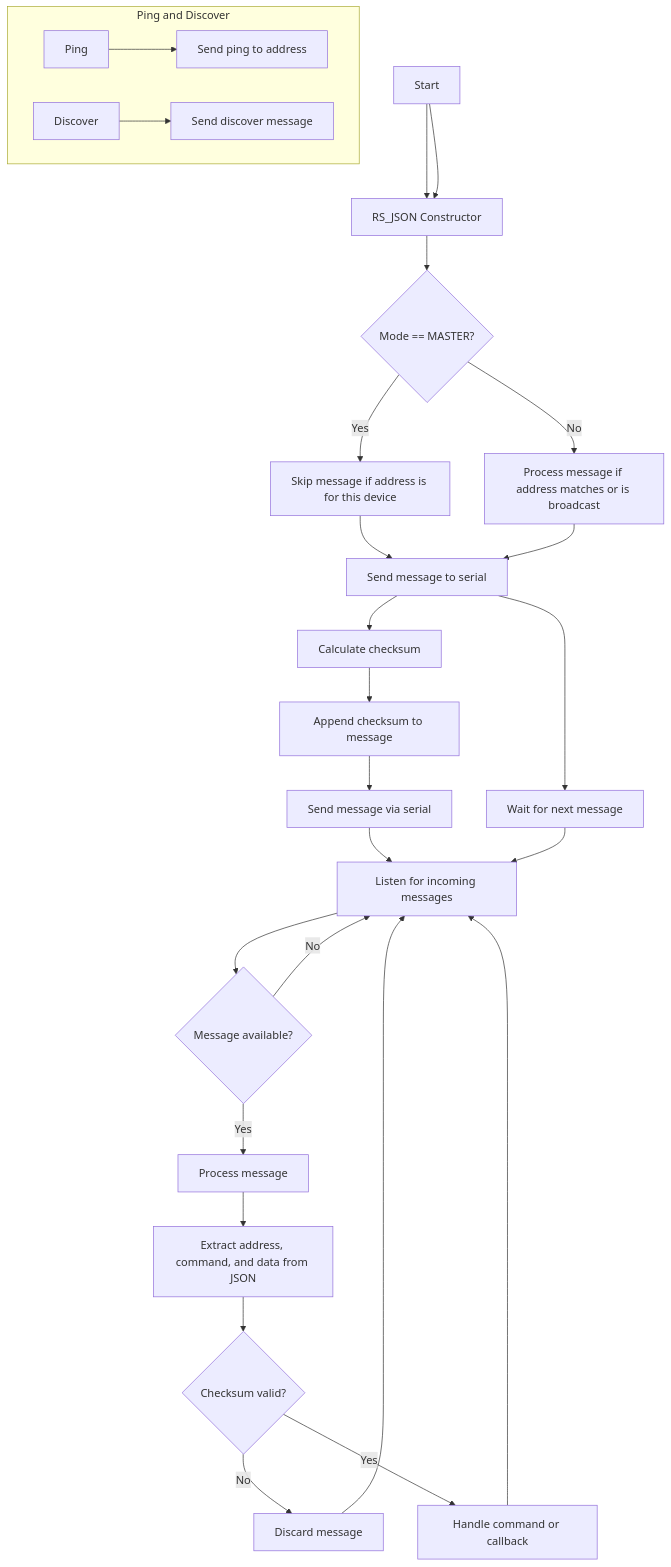
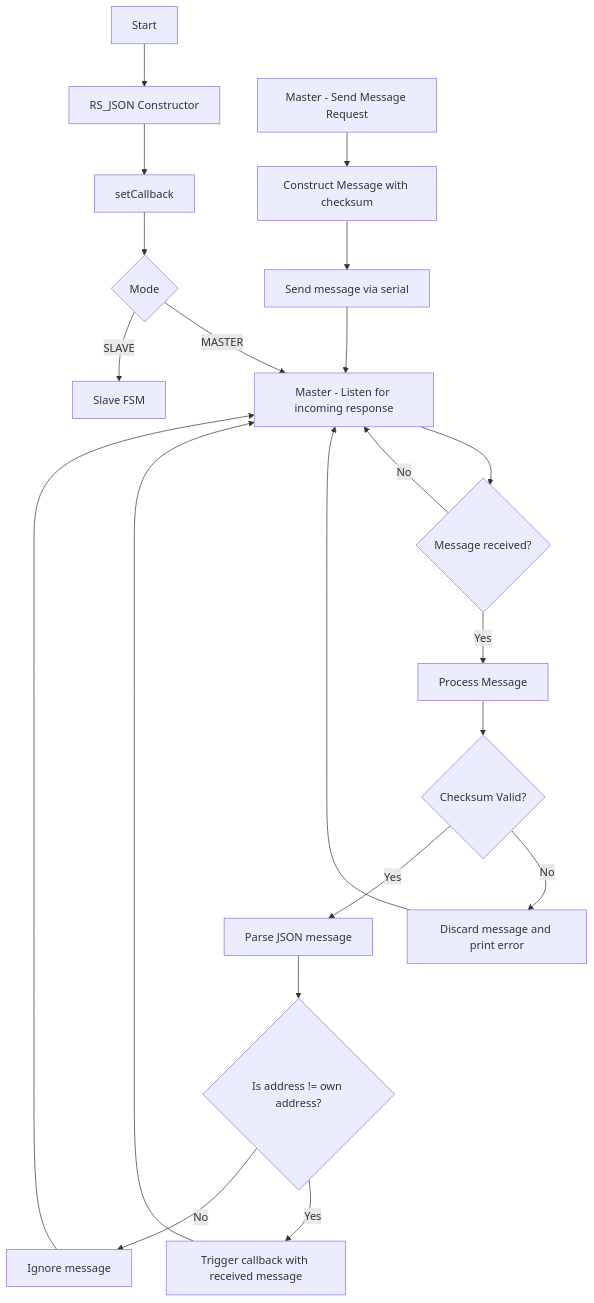
Before and after one commit to vlmm/rs_json: the first of 2 diagrams in docs/control_flow_bul.md, drawn with Mermaid. The commit also changed other lines of this file, not shown here.

Commit message:
Revise control flow diagram and add explanations
Updated flowchart and explanations for RS_JSON control flow.

````diff
--- a/docs/control_flow_bul.md
+++ b/docs/control_flow_bul.md
@@ -5,29 +5,28 @@
 ```mermaid
 flowchart TD
     A[Start] --> B[RS_JSON Constructor]
-    B --> C{Mode == MASTER?}
-    C -->|Yes| D[Skip message if address is for this device]
-    C -->|No| E[Process message if address matches or is broadcast]
-    D --> F[Send message to serial]
-    E --> F
-    F --> G[Calculate checksum]
-    G --> H[Append checksum to message]
+    B --> R[setCallback<callback>]
+    R --> C{Mode}
+    C -->|MASTER| G[Master - Listen for incoming response]
+    
+    D[Master - Send Message Request]
+    C -->|SLAVE| E[Slave FSM]
+    
+    D --> H[Construct Message with checksum]
     H --> I[Send message via serial]
-    I --> J[Listen for incoming messages]
-    J --> K{Message available?}
-    K -->|Yes| L[Process message]
-    K -->|No| J
-    L --> M[Extract address, command, and data from JSON]
-    M --> N{Checksum valid?}
-    N -->|No| O[Discard message]
-    N -->|Yes| P[Handle command or callback]
-    O --> J
-    P --> J
-    F --> Q[Wait for next message]
-    Q --> J
-    subgraph Ping and Discover
-        P1[Ping] --> P2[Send ping to address]
-        P3[Discover] --> P4[Send discover message]
-    end
-    A --> B
+    I --> G
+
+    G --> J{Message received?}
+    J -->|No| G
+    J -->|Yes| K[Process Message <Checksum validation>]
+    K --> L{Checksum Valid?}
+    L -->|No| M[Discard message and print error]
+    L -->|Yes| N[Parse JSON message]
+    M --> G
+    
+    N --> O{Is address != own address?}
+    O -->|Yes| P[Trigger callback with received message]
+    O -->|No| Q[Ignore message]
+    P --> G
+    Q --> G
 ```
````
